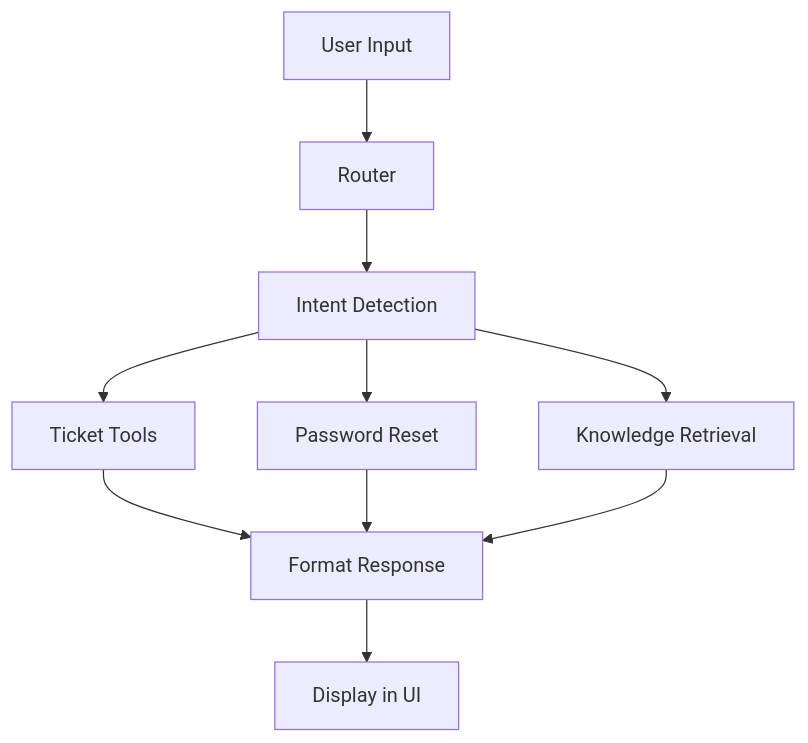
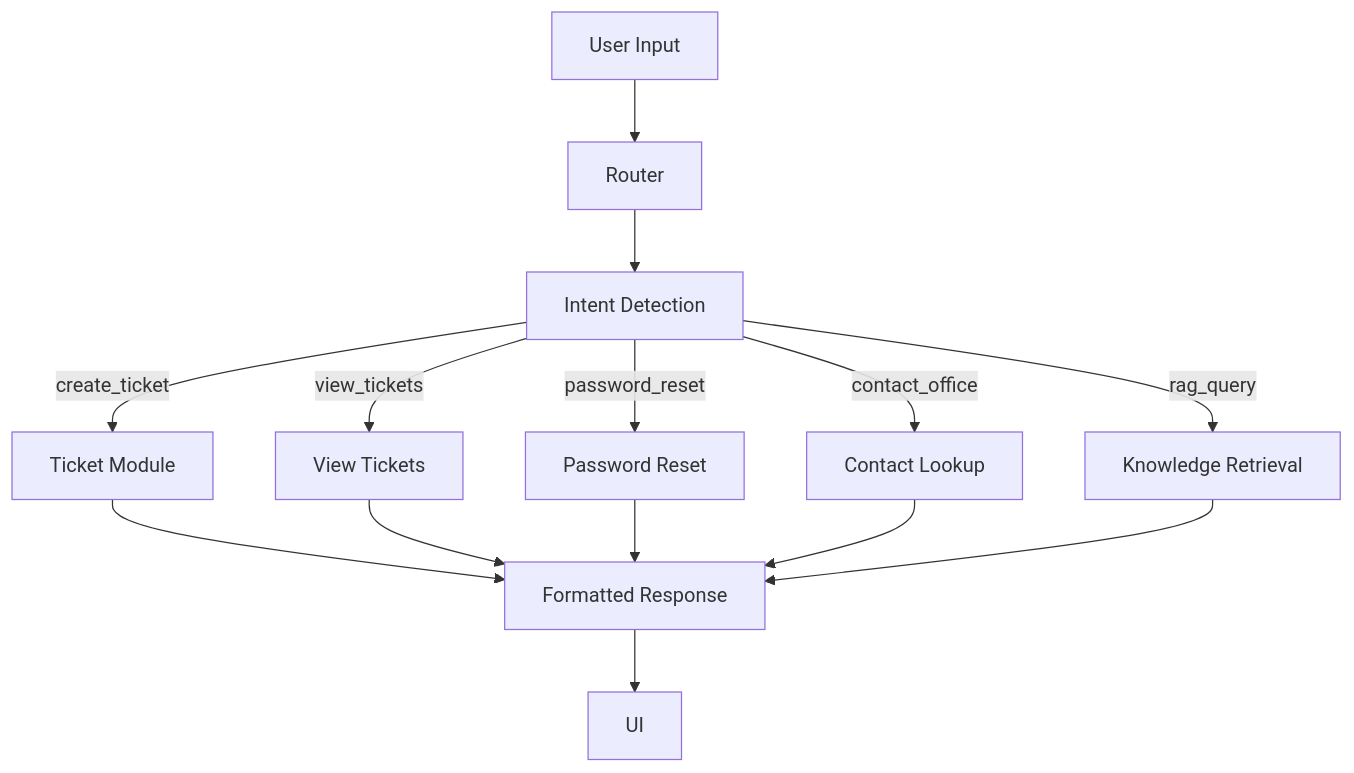
Before and after one commit to mondisailokesh/college-helpdesk-ai: the second of 2 diagrams in report.md, drawn with Mermaid. The commit also changed other lines of this file, not shown here.

First line of the commit message:
Revise project report with updated architecture and tests

````diff
--- a/report.md
+++ b/report.md
@@ -89,12 +76,16 @@
 ```mermaid
 flowchart TD
-    A[User Input] --> B[Router]
-    B --> C[Intent Detection]
-    C --> D[Ticket Tools]
-    C --> E[Password Reset]
-    C --> F[Knowledge Retrieval]
-    D --> G[Format Response]
-    E --> G
-    F --> G
-    G --> H[Display in UI]
+    UserInput[User Input] --> Router[Router]
+    Router --> IntentDetect[Intent Detection]
+    IntentDetect -->|create_ticket| TicketModule[Ticket Module]
+    IntentDetect -->|view_tickets| ViewModule[View Tickets]
+    IntentDetect -->|password_reset| PasswordModule[Password Reset]
+    IntentDetect -->|contact_office| ContactModule[Contact Lookup]
+    IntentDetect -->|rag_query| KnowledgeModule[Knowledge Retrieval]
+    TicketModule --> Response[Formatted Response]
+    ViewModule --> Response
+    PasswordModule --> Response
+    ContactModule --> Response
+    KnowledgeModule --> Response
+    Response --> UI
 ```
````
